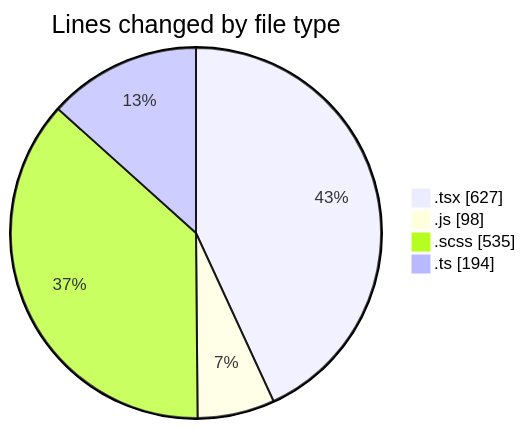
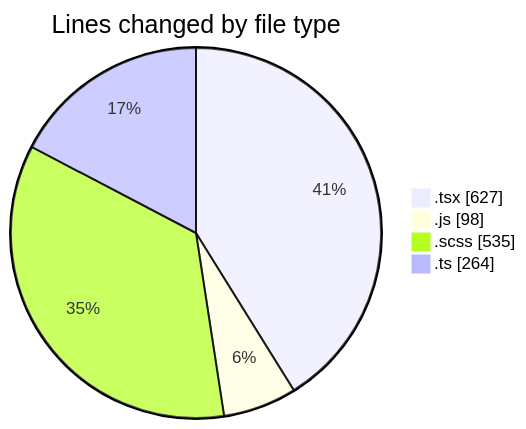
One commit to momahboobian/code-tracking changed the first of 2 diagrams in 2025-03-31/cda/README.md. Above: the diagram before and after it, drawn with Mermaid. The commit also changed other lines of this file and 1 other file, not shown here.

````diff
--- a/2025-03-31/cda/README.md
+++ b/2025-03-31/cda/README.md
@@ -29,8 +29,8 @@
 ```mermaid
 pie showData
 title Lines changed by file type
 ".tsx" : 627
 ".js" : 98
 ".scss" : 535
-".ts" : 194
+".ts" : 264
 ```
````
